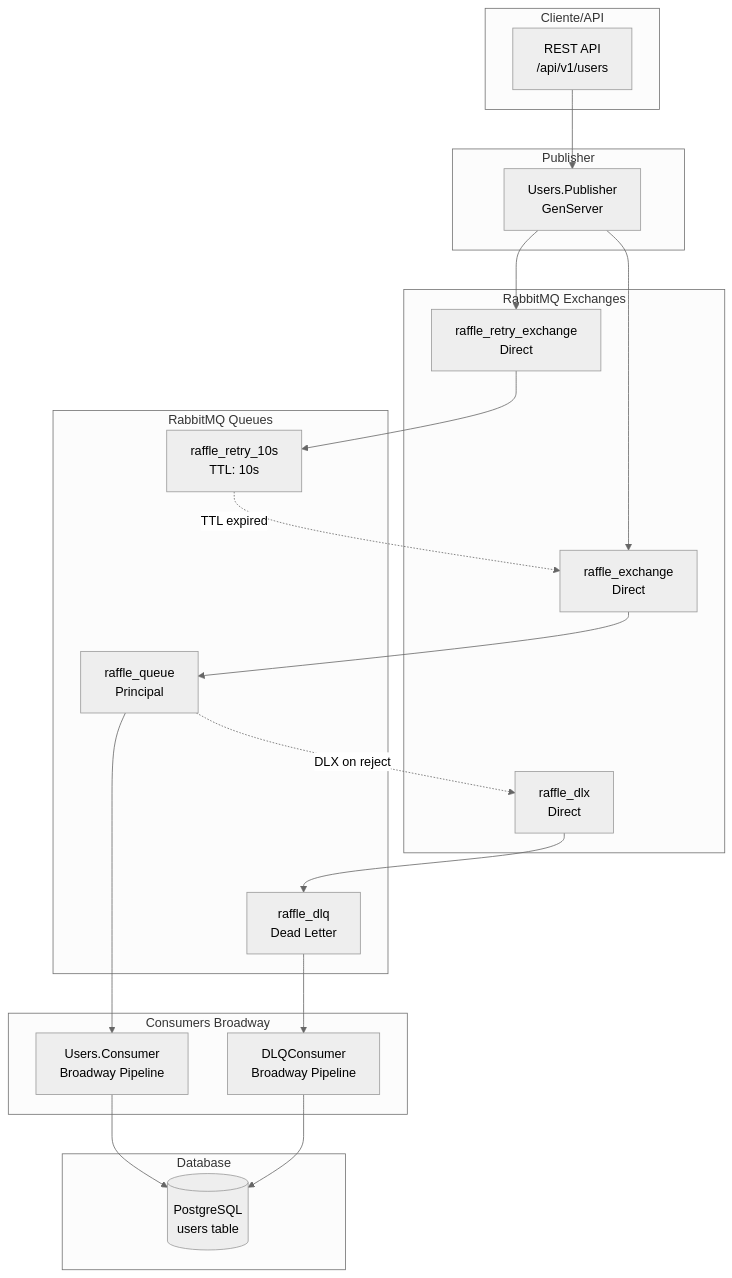
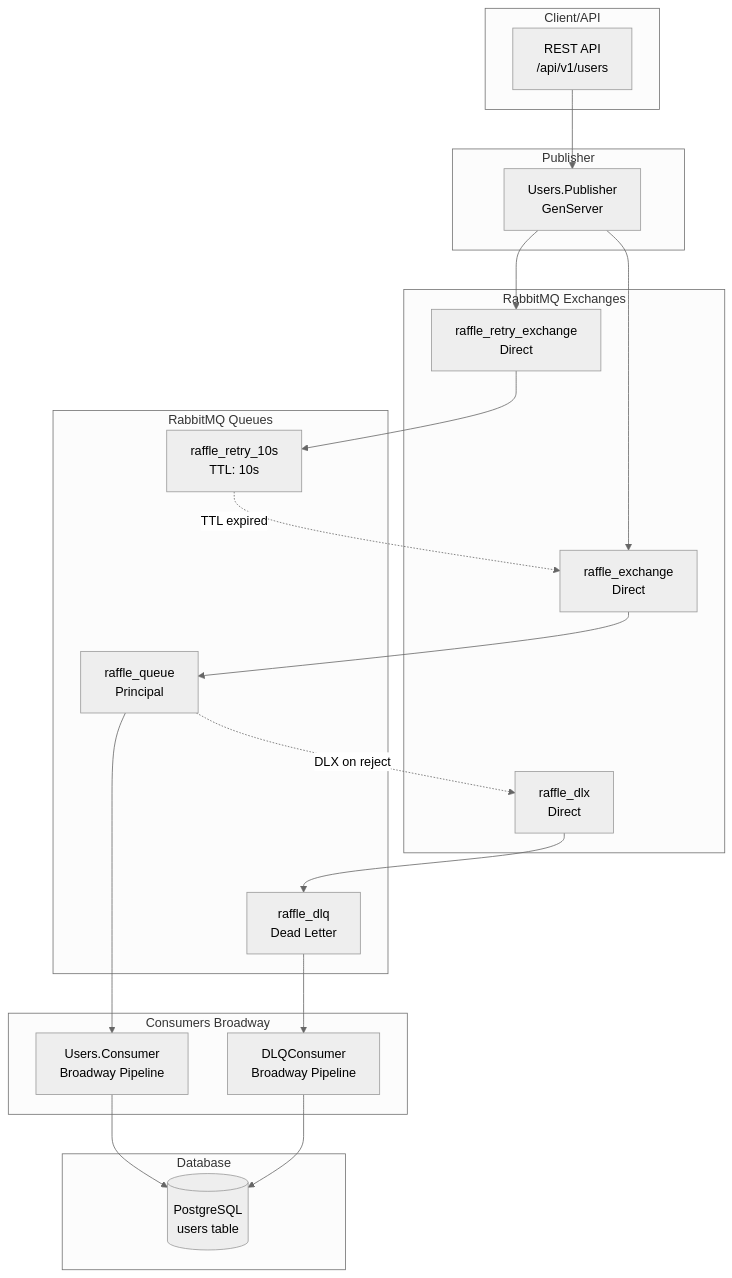
One commit to dakoctba/raffle changed the first of 6 diagrams in docs/user_queue_process.md. Above: the diagram before and after it, drawn with Mermaid (neutral theme). The commit also changed other lines of this file and 5 other files, not shown here.

````diff
--- a/docs/user_queue_process.md
+++ b/docs/user_queue_process.md
@@ -9,49 +9,49 @@
 ```mermaid
 graph TB
-    subgraph "Cliente/API"
+    subgraph "Client/API"
         API[REST API<br/>/api/v1/users]
     end
 
     subgraph "Publisher"
         PUB[Users.Publisher<br/>GenServer]
     end
 
     subgraph "RabbitMQ Exchanges"
         MAIN_EX[raffle_exchange<br/>Direct]
         RETRY_EX[raffle_retry_exchange<br/>Direct]
         DLX_EX[raffle_dlx<br/>Direct]
     end
 
     subgraph "RabbitMQ Queues"
         MAIN_Q[raffle_queue<br/>Principal]
         RETRY_Q[raffle_retry_10s<br/>TTL: 10s]
         DLQ_Q[raffle_dlq<br/>Dead Letter]
     end
 
     subgraph "Consumers Broadway"
         CONSUMER[Users.Consumer<br/>Broadway Pipeline]
         DLQ_CONSUMER[DLQConsumer<br/>Broadway Pipeline]
     end
 
     subgraph "Database"
         DB[(PostgreSQL<br/>users table)]
     end
 
     API --> PUB
     PUB --> MAIN_EX
     PUB --> RETRY_EX
 
     MAIN_EX --> MAIN_Q
     RETRY_EX --> RETRY_Q
     DLX_EX --> DLQ_Q
 
     MAIN_Q --> CONSUMER
     DLQ_Q --> DLQ_CONSUMER
 
     CONSUMER --> DB
     DLQ_CONSUMER --> DB
 
     %% Dead Letter routing
     MAIN_Q -.->|DLX on reject| DLX_EX
     RETRY_Q -.->|TTL expired| MAIN_EX
 ```
````
